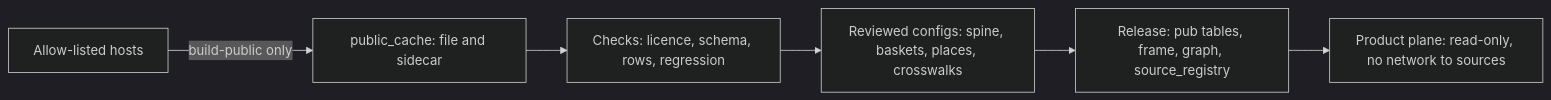
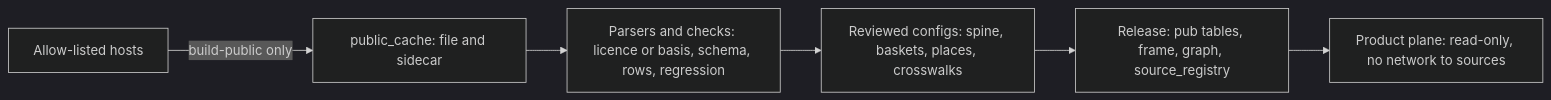
Before and after one commit to albarami/economic-investment-intelligence: the diagram in docs/04_PUBLIC_DATA_PACK.md, drawn with Mermaid (dark theme). The commit also changed other lines of this file and 27 other files, not shown here.

````diff
--- a/docs/04_PUBLIC_DATA_PACK.md
+++ b/docs/04_PUBLIC_DATA_PACK.md
@@ -45,8 +67,8 @@
 ```mermaid
 flowchart LR
   A["Allow-listed hosts"] -->|"build-public only"| B["public_cache: file and sidecar"]
-  B --> C["Checks: licence, schema, rows, regression"]
+  B --> C["Parsers and checks: licence or basis, schema, rows, regression"]
   C --> D["Reviewed configs: spine, baskets, places, crosswalks"]
   D --> E["Release: pub tables, frame, graph, source_registry"]
   E --> F["Product plane: read-only, no network to sources"]
 ```
````
